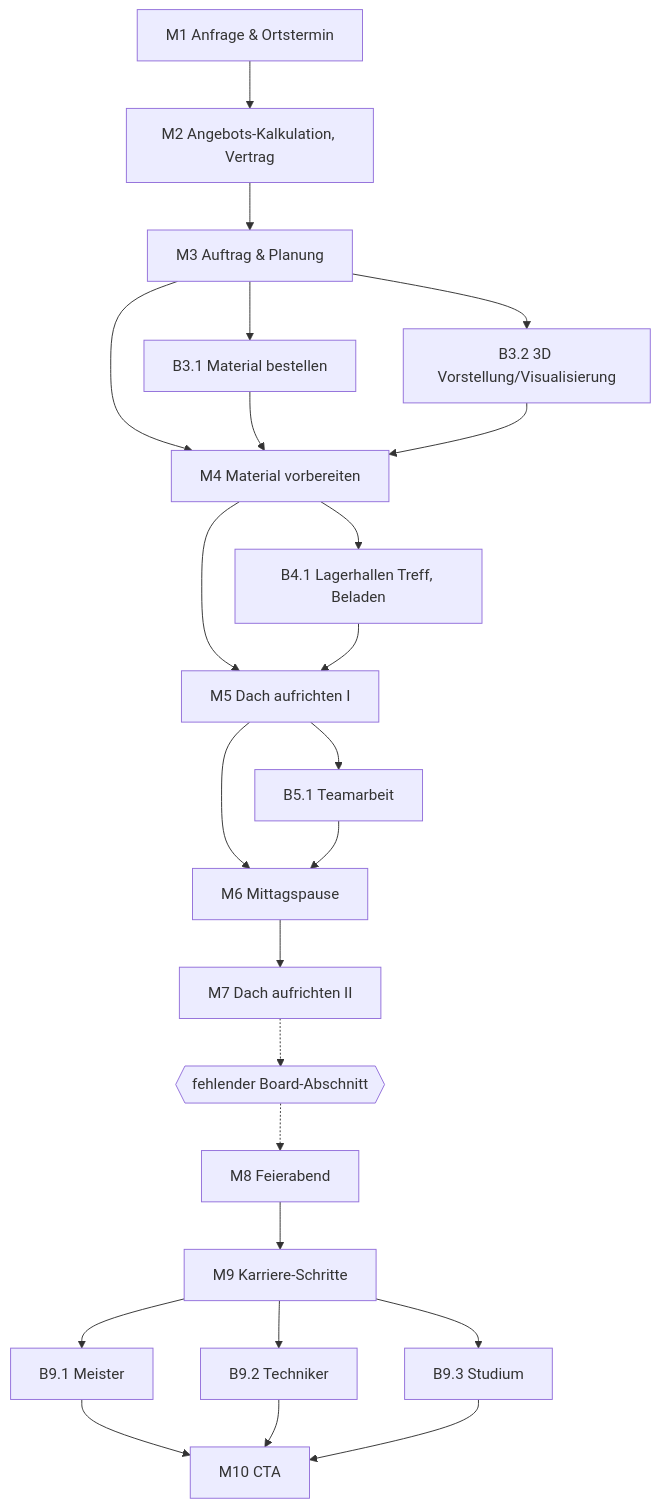
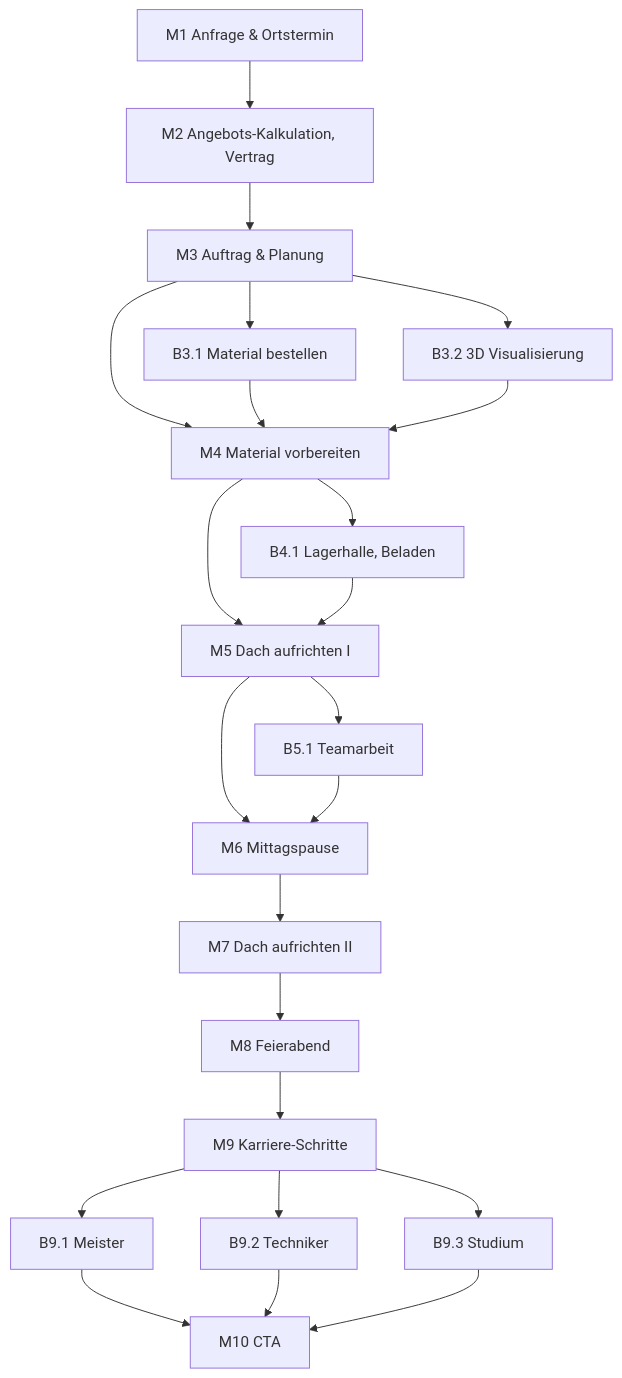
Before and after one commit to Beyond925-GmbH/kh-connect: the diagram in khpl-flow.md, drawn with Mermaid. The commit also changed other lines of this file and 56 other files, not shown here.

First line of the commit message:
wip: Dachstuhl-3D-Demo, Medien-Inventar, erweiterte Flow-Spec

````diff
--- a/khpl-flow.md
+++ b/khpl-flow.md
@@ -69,20 +122,19 @@
 ```mermaid
 flowchart TD
   M1[M1 Anfrage & Ortstermin] --> M2[M2 Angebots-Kalkulation, Vertrag]
   M2 --> M3[M3 Auftrag & Planung]
   M3 --> M4[M4 Material vorbereiten]
   M3 --> B31[B3.1 Material bestellen] --> M4
-  M3 --> B32[B3.2 3D Vorstellung/Visualisierung] --> M4
+  M3 --> B32[B3.2 3D Visualisierung] --> M4
   M4 --> M5[M5 Dach aufrichten I]
-  M4 --> B41[B4.1 Lagerhallen Treff, Beladen] --> M5
+  M4 --> B41[B4.1 Lagerhalle, Beladen] --> M5
   M5 --> M6[M6 Mittagspause]
   M5 --> B51[B5.1 Teamarbeit] --> M6
   M6 --> M7[M7 Dach aufrichten II]
-  M7 -.-> GAP{{fehlender Board-Abschnitt}}
-  GAP -.-> M8[M8 Feierabend]
+  M7 --> M8[M8 Feierabend]
   M8 --> M9[M9 Karriere-Schritte]
   M9 --> B91[B9.1 Meister] --> M10
   M9 --> B92[B9.2 Techniker] --> M10
   M9 --> B93[B9.3 Studium] --> M10
   M10[M10 CTA]
 ```
````
